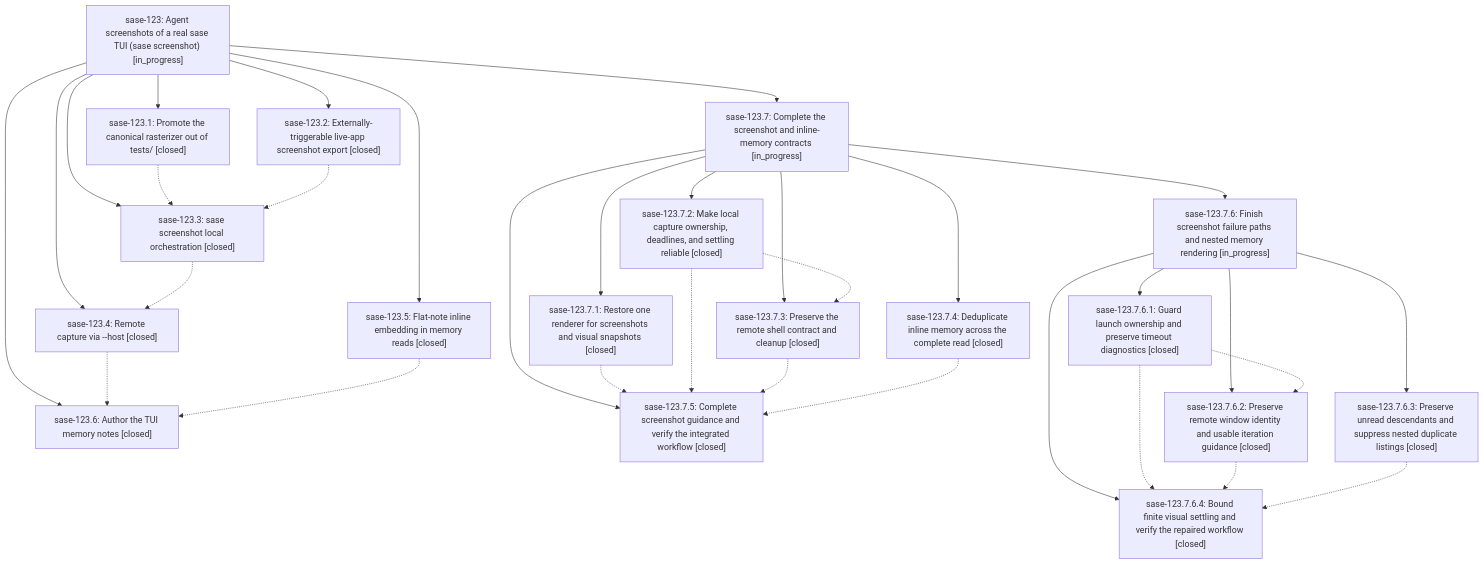
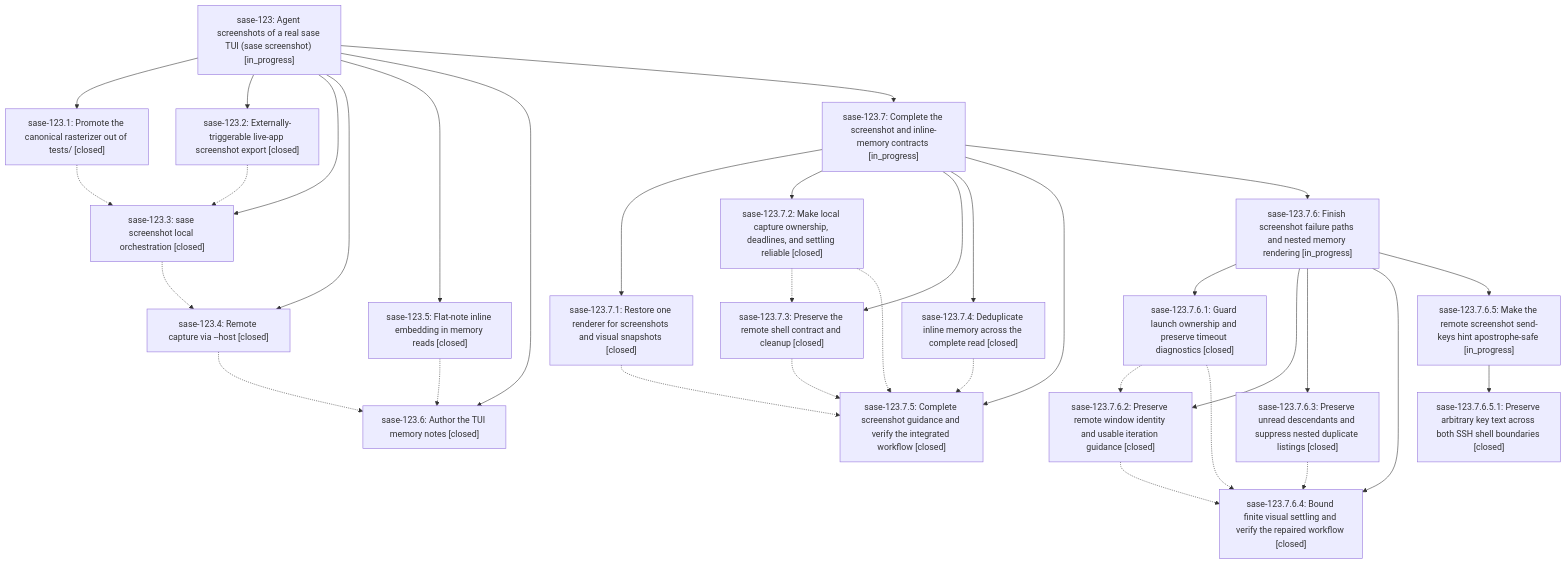
Before and after one commit to sase-org/sase--beads: the diagram in pages/sase-123/README.md, drawn with Mermaid. The commit also changed other lines of this file and 3 other files, not shown here.

````diff
--- a/pages/sase-123/README.md
+++ b/pages/sase-123/README.md
@@ -55,52 +55,56 @@
 ```mermaid
 flowchart TD
     n0["sase-123: Agent screenshots of a real sase TUI (sase screenshot) [in_progress]"]
     n1["sase-123.1: Promote the canonical rasterizer out of tests/ [closed]"]
     n2["sase-123.2: Externally-triggerable live-app screenshot export [closed]"]
     n3["sase-123.3: sase screenshot local orchestration [closed]"]
     n4["sase-123.4: Remote capture via --host [closed]"]
     n5["sase-123.5: Flat-note inline embedding in memory reads [closed]"]
     n6["sase-123.6: Author the TUI memory notes [closed]"]
     n7["sase-123.7: Complete the screenshot and inline-memory contracts [in_progress]"]
     n8["sase-123.7.1: Restore one renderer for screenshots and visual snapshots [closed]"]
     n9["sase-123.7.2: Make local capture ownership, deadlines, and settling reliable [closed]"]
     n10["sase-123.7.3: Preserve the remote shell contract and cleanup [closed]"]
     n11["sase-123.7.4: Deduplicate inline memory across the complete read [closed]"]
     n12["sase-123.7.5: Complete screenshot guidance and verify the integrated workflow [closed]"]
     n13["sase-123.7.6: Finish screenshot failure paths and nested memory rendering [in_progress]"]
     n14["sase-123.7.6.1: Guard launch ownership and preserve timeout diagnostics [closed]"]
     n15["sase-123.7.6.2: Preserve remote window identity and usable iteration guidance [closed]"]
     n16["sase-123.7.6.3: Preserve unread descendants and suppress nested duplicate listings [closed]"]
     n17["sase-123.7.6.4: Bound finite visual settling and verify the repaired workflow [closed]"]
+    n18["sase-123.7.6.5: Make the remote screenshot send-keys hint apostrophe-safe [in_progress]"]
+    n19["sase-123.7.6.5.1: Preserve arbitrary key text across both SSH shell boundaries [closed]"]
     n0 --> n1
     n0 --> n2
     n0 --> n3
     n0 --> n4
     n0 --> n5
     n0 --> n6
     n0 --> n7
     n7 --> n8
     n7 --> n9
     n7 --> n10
     n7 --> n11
     n7 --> n12
     n7 --> n13
     n13 --> n14
     n13 --> n15
     n13 --> n16
     n13 --> n17
+    n13 --> n18
+    n18 --> n19
     n1 -.-> n3
     n2 -.-> n3
     n3 -.-> n4
     n4 -.-> n6
     n5 -.-> n6
     n8 -.-> n12
     n9 -.-> n10
     n9 -.-> n12
     n10 -.-> n12
     n11 -.-> n12
     n14 -.-> n15
     n14 -.-> n17
     n15 -.-> n17
     n16 -.-> n17
 ```
````
